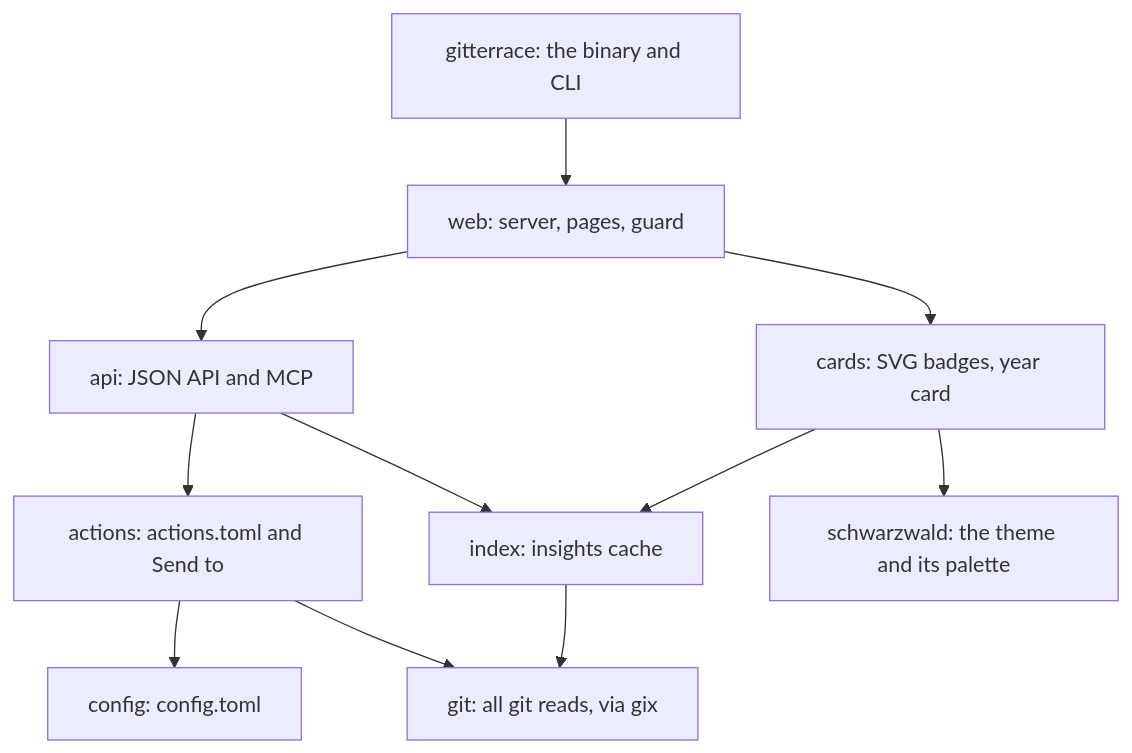
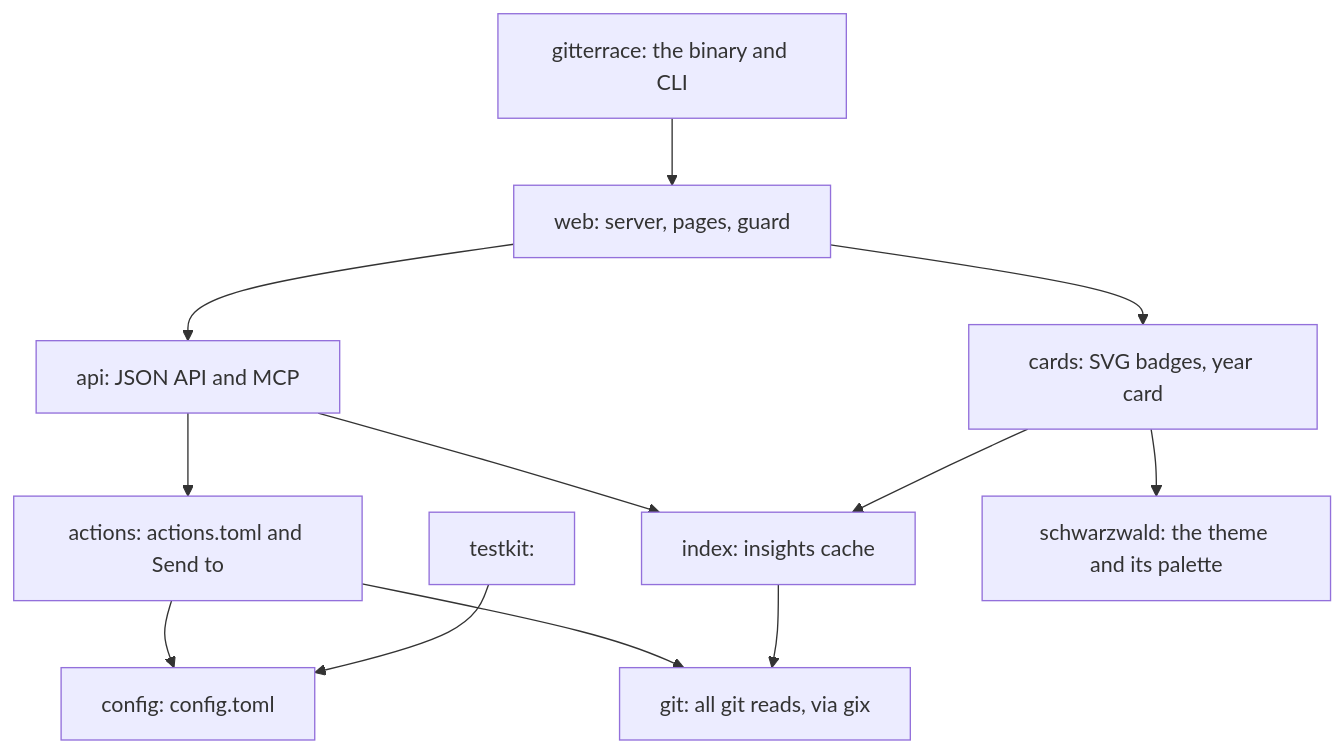
One commit to gitterrace/gitterrace changed the diagram in docs/architecture.md. Above: the diagram before and after it, drawn with Mermaid. The commit also changed 55 other files, not shown here.

````diff
--- a/docs/architecture.md
+++ b/docs/architecture.md
@@ -4,22 +4,24 @@
 ```mermaid
 flowchart TD
   gitterrace["gitterrace: the binary and CLI"]
   actions["actions: actions.toml and Send to"]
   api["api: JSON API and MCP"]
   cards["cards: SVG badges, year card"]
   config["config: config.toml"]
   git["git: all git reads, via gix"]
   index["index: insights cache"]
+  testkit["testkit: "]
   web["web: server, pages, guard"]
   schwarzwald["schwarzwald: the theme and its palette"]
   gitterrace --> web
   actions --> config
   actions --> git
   api --> actions
   api --> index
   cards --> index
   cards --> schwarzwald
   index --> git
+  testkit --> config
   web --> api
   web --> cards
 ```
````
